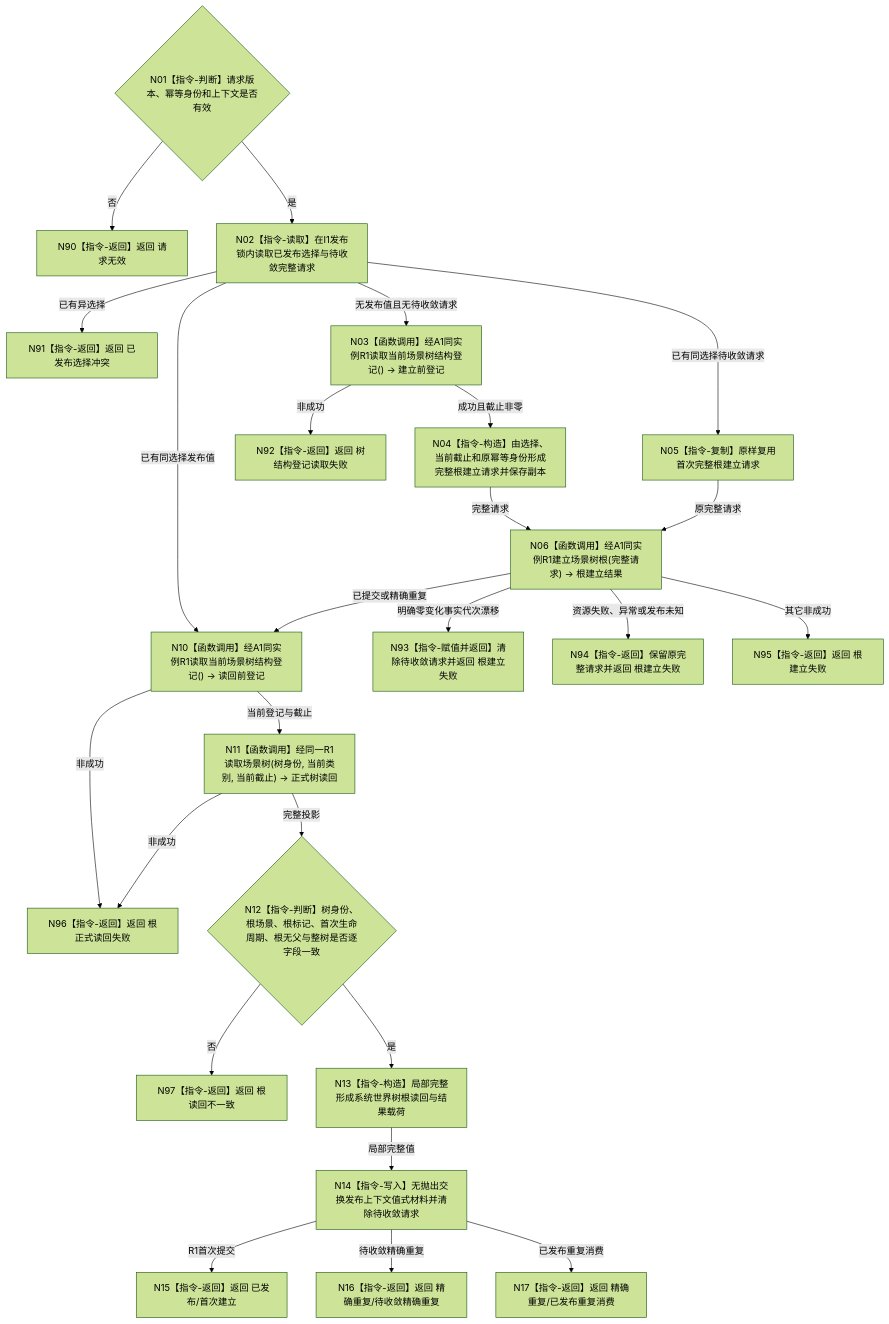
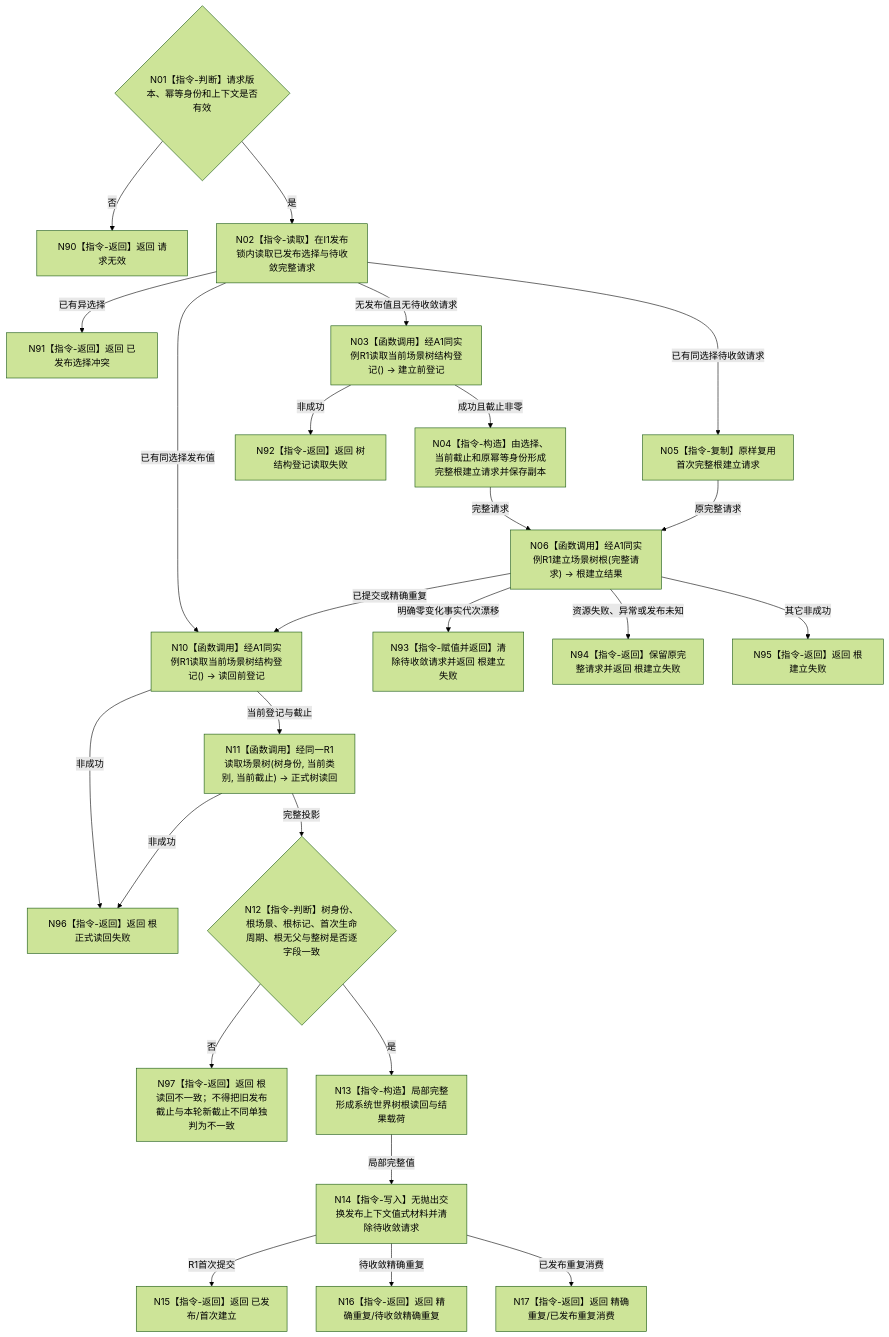
The diagram in 流程图/目标业务流程图/L3/BIZ-L3-001-03-00_初始化并发布系统具名场景树根_目标函数流程图_v0.1.md (chunhaizh-cyber/HY-Ego), drawn with Mermaid (forest theme) before and after one commit. The commit also changed other lines of this file and 7 other files, not shown here.

````diff
--- a/流程图/目标业务流程图/L3/BIZ-L3-001-03-00_初始化并发布系统具名场景树根_目标函数流程图_v0.1.md
+++ b/流程图/目标业务流程图/L3/BIZ-L3-001-03-00_初始化并发布系统具名场景树根_目标函数流程图_v0.1.md
@@ -38,28 +39,28 @@
 ```mermaid
 flowchart TD
     N01{"N01【指令-判断】请求版本、幂等身份和上下文是否有效"}
     N01 -->|否| N90["N90【指令-返回】返回 请求无效"]
     N01 -->|是| N02["N02【指令-读取】在I1发布锁内读取已发布选择与待收敛完整请求"]
     N02 -->|已有异选择| N91["N91【指令-返回】返回 已发布选择冲突"]
     N02 -->|已有同选择发布值| N10["N10【函数调用】经A1同实例R1读取当前场景树结构登记() -> 读回前登记"]
     N02 -->|已有同选择待收敛请求| N05["N05【指令-复制】原样复用首次完整根建立请求"]
     N02 -->|无发布值且无待收敛请求| N03["N03【函数调用】经A1同实例R1读取当前场景树结构登记() -> 建立前登记"]
     N03 -->|非成功| N92["N92【指令-返回】返回 树结构登记读取失败"]
     N03 -->|成功且截止非零| N04["N04【指令-构造】由选择、当前截止和原幂等身份形成完整根建立请求并保存副本"]
     N04 -->|完整请求| N06["N06【函数调用】经A1同实例R1建立场景树根(完整请求) -> 根建立结果"]
     N05 -->|原完整请求| N06
     N06 -->|明确零变化事实代次漂移| N93["N93【指令-赋值并返回】清除待收敛请求并返回 根建立失败"]
     N06 -->|资源失败、异常或发布未知| N94["N94【指令-返回】保留原完整请求并返回 根建立失败"]
     N06 -->|其它非成功| N95["N95【指令-返回】返回 根建立失败"]
     N06 -->|已提交或精确重复| N10
     N10 -->|非成功| N96["N96【指令-返回】返回 根正式读回失败"]
     N10 -->|当前登记与截止| N11["N11【函数调用】经同一R1读取场景树(树身份, 当前类别, 当前截止) -> 正式树读回"]
     N11 -->|非成功| N96
     N11 -->|完整投影| N12{"N12【指令-判断】树身份、根场景、根标记、首次生命周期、根无父与整树是否逐字段一致"}
-    N12 -->|否| N97["N97【指令-返回】返回 根读回不一致"]
+    N12 -->|否| N97["N97【指令-返回】返回 根读回不一致；不得把旧发布截止与本轮新截止不同单独判为不一致"]
     N12 -->|是| N13["N13【指令-构造】局部完整形成系统世界树根读回与结果载荷"]
     N13 -->|局部完整值| N14["N14【指令-写入】无抛出交换发布上下文值式材料并清除待收敛请求"]
     N14 -->|R1首次提交| N15["N15【指令-返回】返回 已发布/首次建立"]
     N14 -->|待收敛精确重复| N16["N16【指令-返回】返回 精确重复/待收敛精确重复"]
     N14 -->|已发布重复消费| N17["N17【指令-返回】返回 精确重复/已发布重复消费"]
 ```
````
